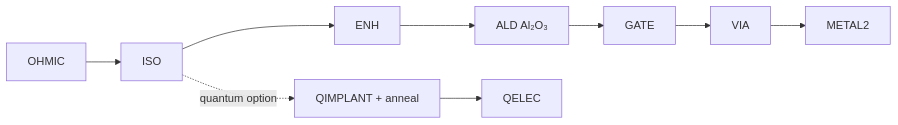
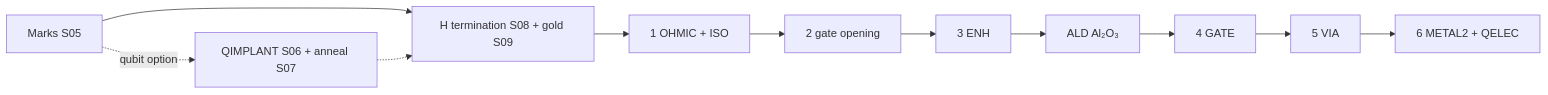
The first of 2 diagrams in docs/expert/E2_process_integration_and_pdk.md (Normansrule/adamas-diamond-framework), drawn with Mermaid before and after one commit. The commit also changed other lines of this file and 167 other files, not shown here.

````diff
--- a/docs/expert/E2_process_integration_and_pdk.md
+++ b/docs/expert/E2_process_integration_and_pdk.md
@@ -20,5 +22,7 @@
 ```mermaid
 flowchart LR
-    m1[OHMIC] --> m2[ISO] --> m3[ENH] --> ald[ALD Al₂O₃] --> m4[GATE] --> m5[VIA] --> m6[METAL2]
-    m2 -. quantum option .-> q1[QIMPLANT + anneal] --> q2[QELEC]
+    mk[Marks S05] -. qubit option .-> q1[QIMPLANT S06 + anneal S07]
+    mk --> h[H termination S08 + gold S09]
+    q1 -.-> h
+    h --> m1[1 OHMIC + ISO] --> m2[2 gate opening] --> m3[3 ENH] --> ald[ALD Al₂O₃] --> m4[4 GATE] --> m5[5 VIA] --> m6[6 METAL2 + QELEC]
 ```
````
